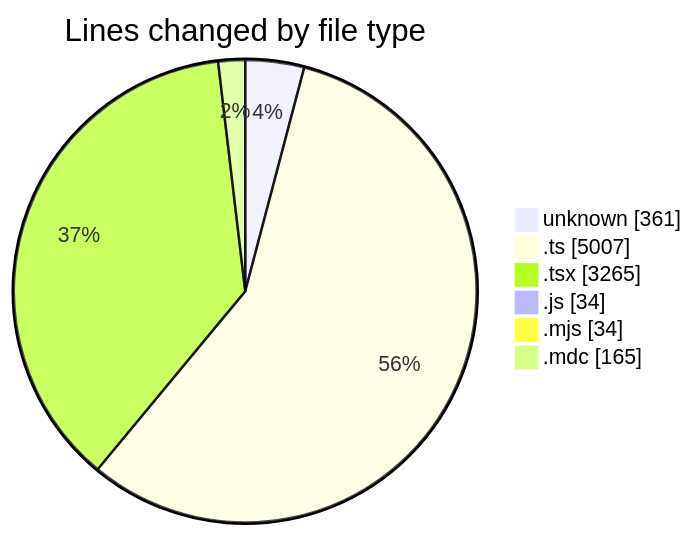
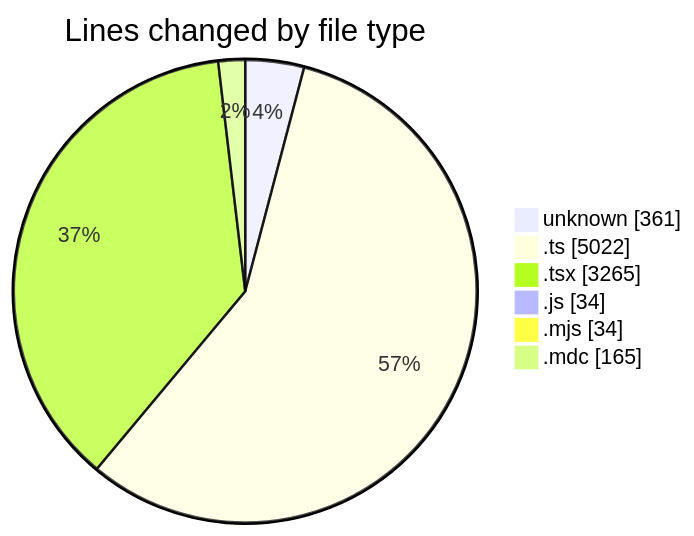
One commit to CELIANVF/code-tracking changed the first of 2 diagrams in 2025-06-13/ecodeli-1/README.md. Above: the diagram before and after it, drawn with Mermaid. The commit also changed other lines of this file and 1 other file, not shown here.

````diff
--- a/2025-06-13/ecodeli-1/README.md
+++ b/2025-06-13/ecodeli-1/README.md
@@ -34,10 +34,10 @@
 ```mermaid
 pie showData
 title Lines changed by file type
 "unknown" : 361
-".ts" : 5007
+".ts" : 5022
 ".tsx" : 3265
 ".js" : 34
 ".mjs" : 34
 ".mdc" : 165
 ```
````
